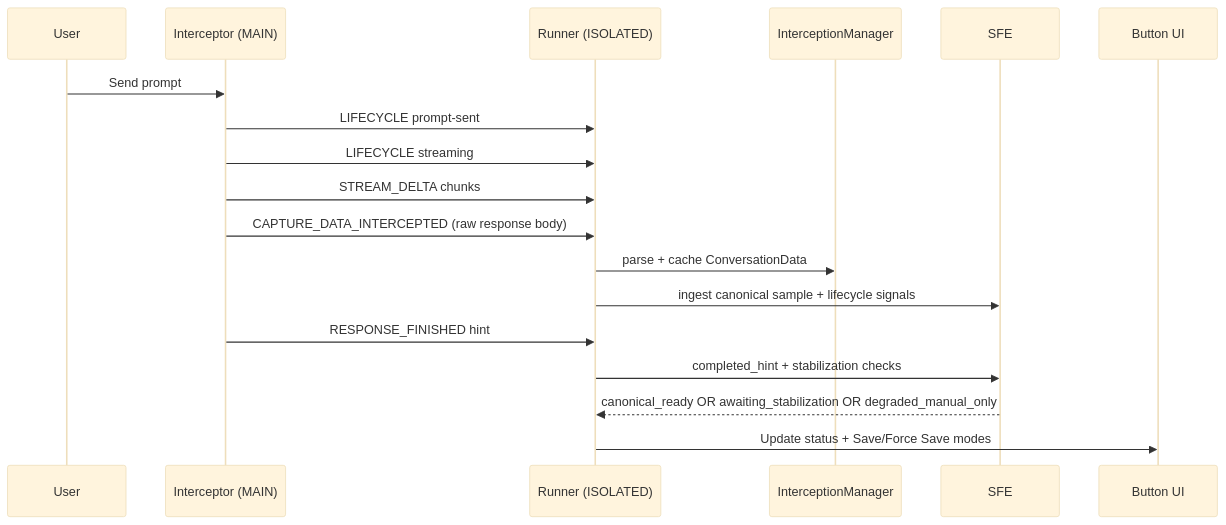
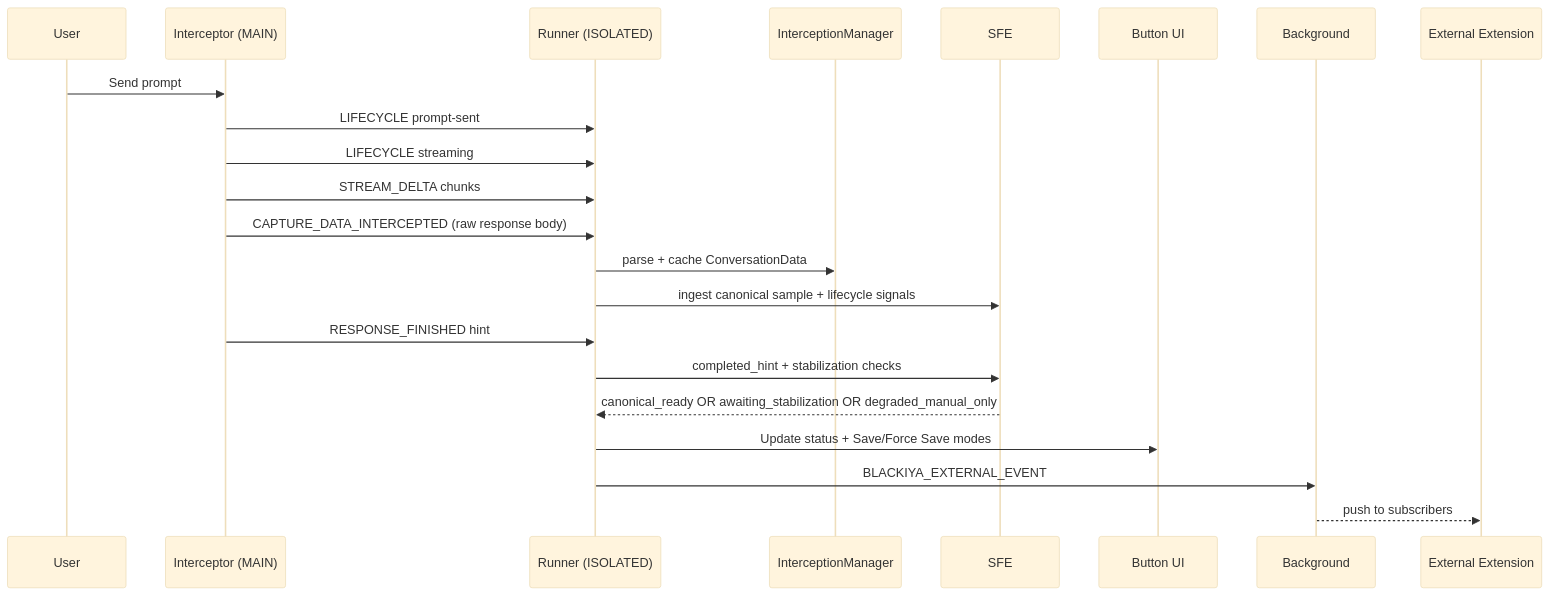
Before and after one commit to ragaeeb/blackiya: the second of 2 diagrams in docs/architecture.md, drawn with Mermaid (base theme). The commit also changed other lines of this file and 46 other files, not shown here.

````diff
--- a/docs/architecture.md
+++ b/docs/architecture.md
@@ -155,21 +152,25 @@
 ```mermaid
 sequenceDiagram
     participant U as User
     participant I as Interceptor (MAIN)
     participant R as Runner (ISOLATED)
     participant C as InterceptionManager
     participant S as SFE
     participant UI as Button UI
+    participant BG as Background
+    participant EXT as External Extension
 
     U->>I: Send prompt
     I->>R: LIFECYCLE prompt-sent
     I->>R: LIFECYCLE streaming
     I->>R: STREAM_DELTA chunks
     I->>R: CAPTURE_DATA_INTERCEPTED (raw response body)
     R->>C: parse + cache ConversationData
     R->>S: ingest canonical sample + lifecycle signals
     I->>R: RESPONSE_FINISHED hint
     R->>S: completed_hint + stabilization checks
     S-->>R: canonical_ready OR awaiting_stabilization OR degraded_manual_only
     R->>UI: Update status + Save/Force Save modes
+    R->>BG: BLACKIYA_EXTERNAL_EVENT
+    BG-->>EXT: push to subscribers
 ```
````
